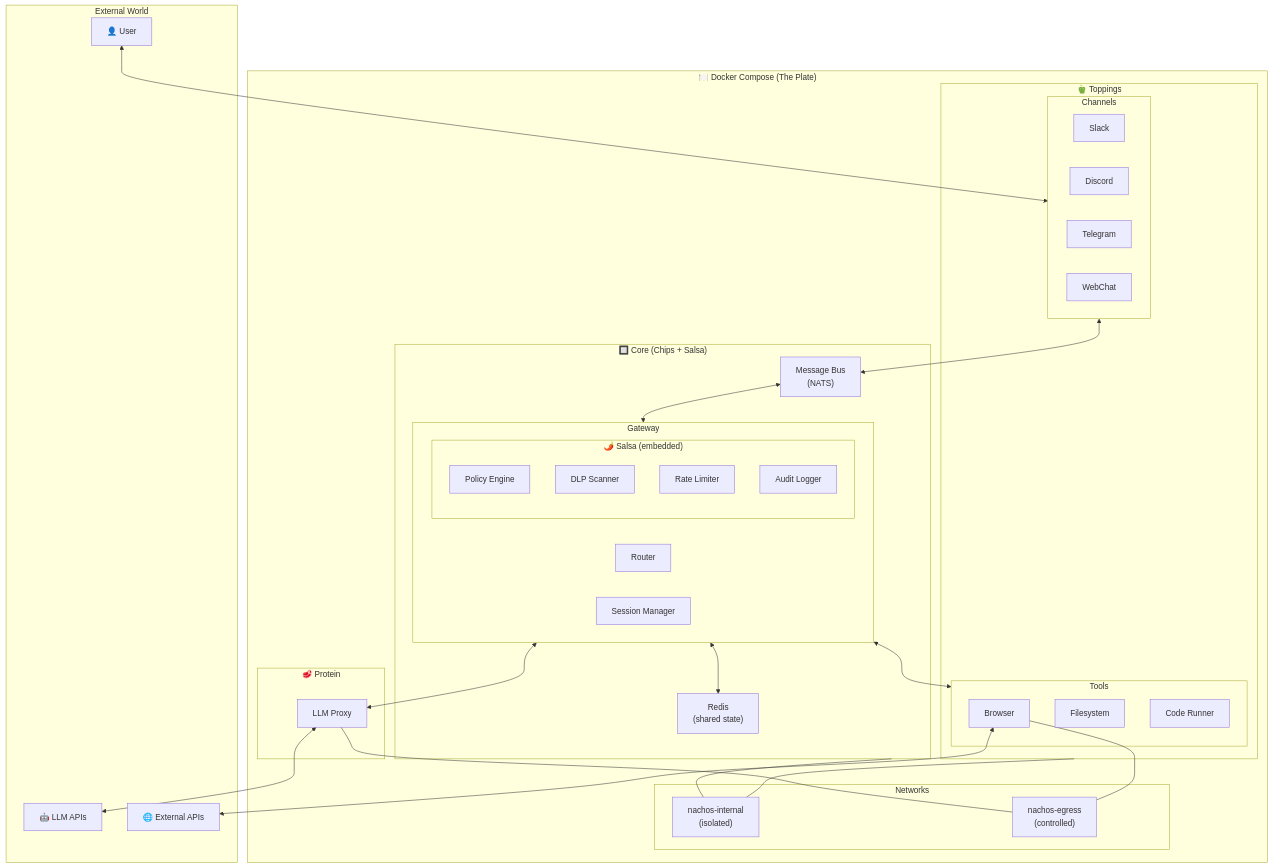
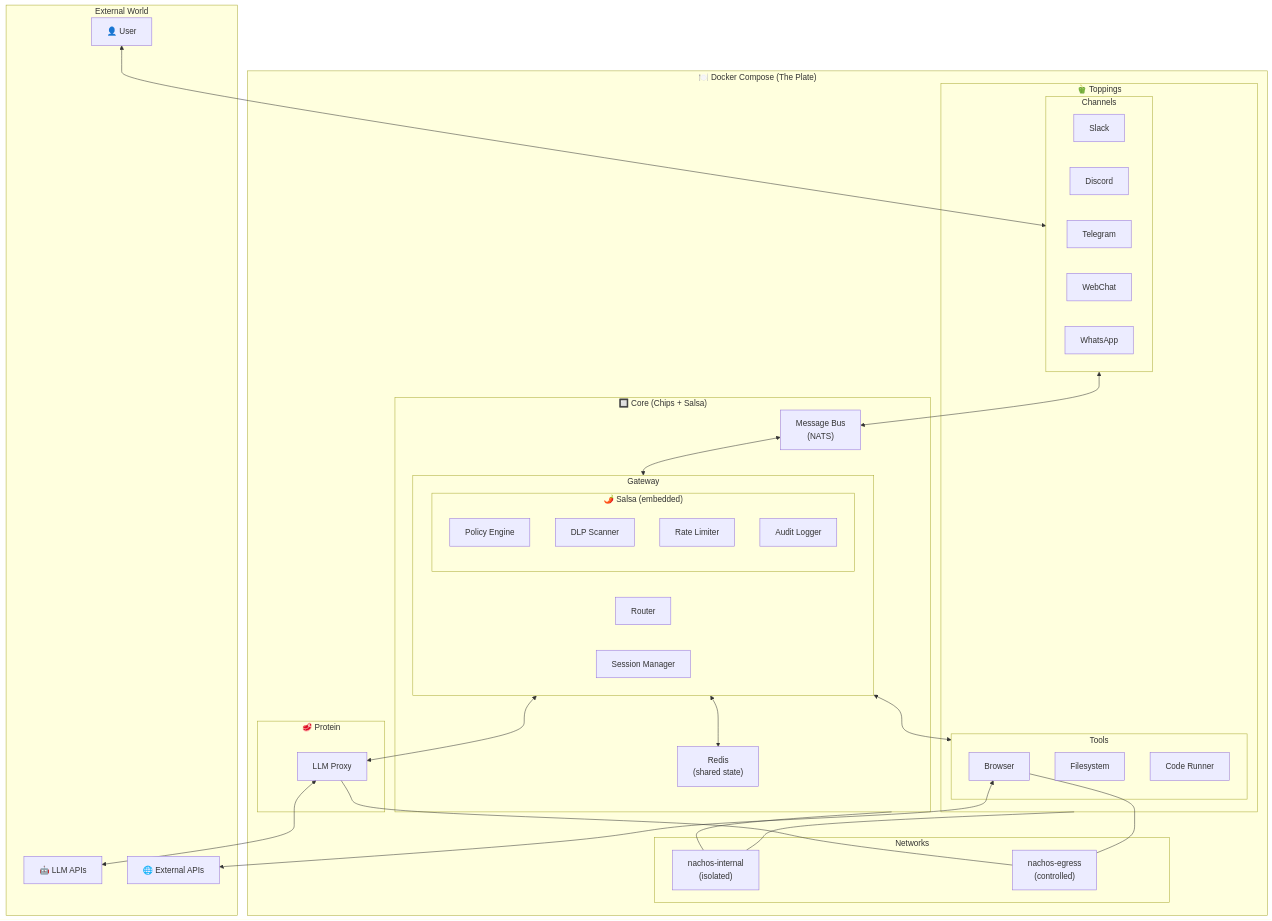
Before and after one commit to Nacho-Labs-LLC/nachos: the first of 10 diagrams in docs/architecture.md, drawn with Mermaid. The commit also changed other lines of this file and 54 other files, not shown here.

````diff
--- a/docs/architecture.md
+++ b/docs/architecture.md
@@ -16,62 +16,63 @@
 ```mermaid
 flowchart TB
     subgraph External["External World"]
         User["👤 User"]
         LLM["🤖 LLM APIs"]
         ExtAPI["🌐 External APIs"]
     end
 
     subgraph DockerCompose["🍽️ Docker Compose (The Plate)"]
         subgraph Core["🔲 Core (Chips + Salsa)"]
             subgraph GatewayBox["Gateway"]
                 Router["Router"]
                 SessionMgr["Session Manager"]
                 subgraph SalsaEmbed["🌶️ Salsa (embedded)"]
                     Policy["Policy Engine"]
                     DLP["DLP Scanner"]
                     RateLimit["Rate Limiter"]
                     Audit["Audit Logger"]
                 end
             end
             Bus["Message Bus<br/>(NATS)"]
             Redis["Redis<br/>(shared state)"]
         end
 
         subgraph Protein["🥩 Protein"]
             LLMProxy["LLM Proxy"]
         end
 
         subgraph Toppings["🫑 Toppings"]
             subgraph Channels["Channels"]
                 Slack["Slack"]
                 Discord["Discord"]
                 Telegram["Telegram"]
                 WebChat["WebChat"]
+                WhatsApp["WhatsApp"]
             end
             subgraph Tools["Tools"]
                 Browser["Browser"]
                 FileSystem["Filesystem"]
                 CodeRunner["Code Runner"]
             end
         end
 
         subgraph Networks["Networks"]
             Internal["nachos-internal<br/>(isolated)"]
             Egress["nachos-egress<br/>(controlled)"]
         end
     end
 
     User <--> Channels
     Channels <--> Bus
     Bus <--> GatewayBox
     GatewayBox <--> Redis
     GatewayBox <--> LLMProxy
     GatewayBox <--> Tools
     LLMProxy <--> LLM
     Browser <--> ExtAPI
 
     Core --- Internal
     Toppings --- Internal
     LLMProxy --- Egress
     Browser --- Egress
 ```
````
